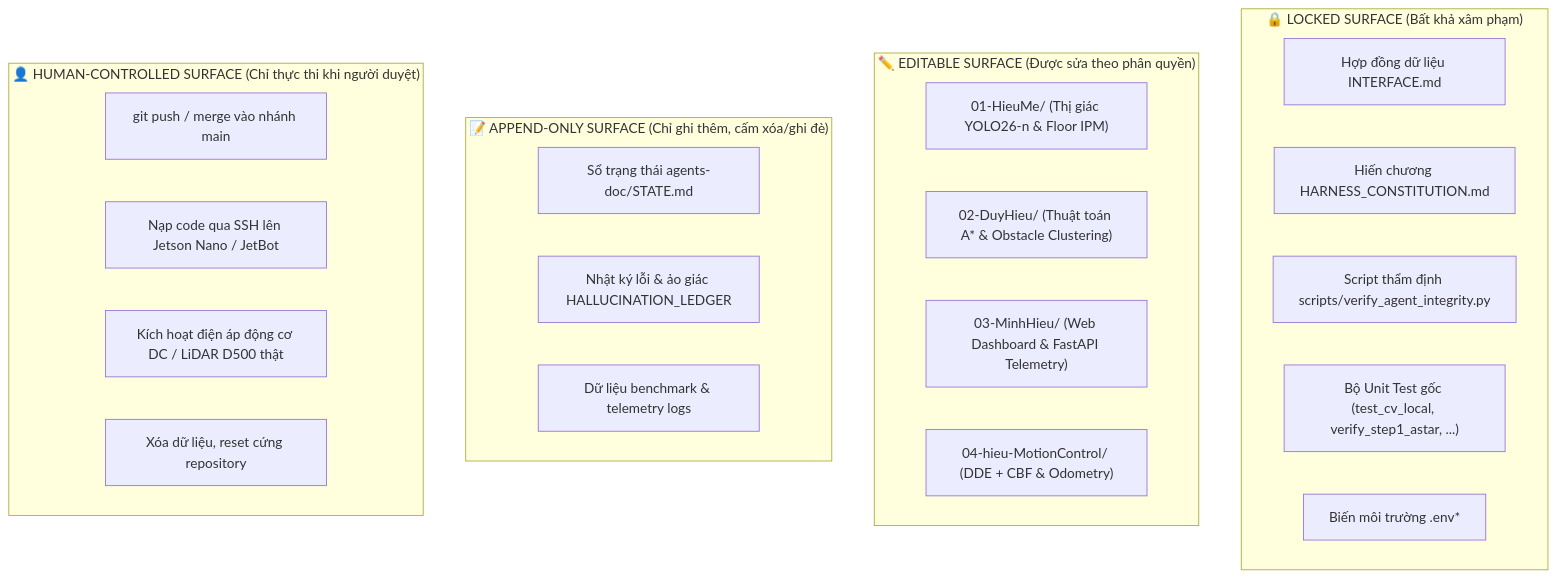
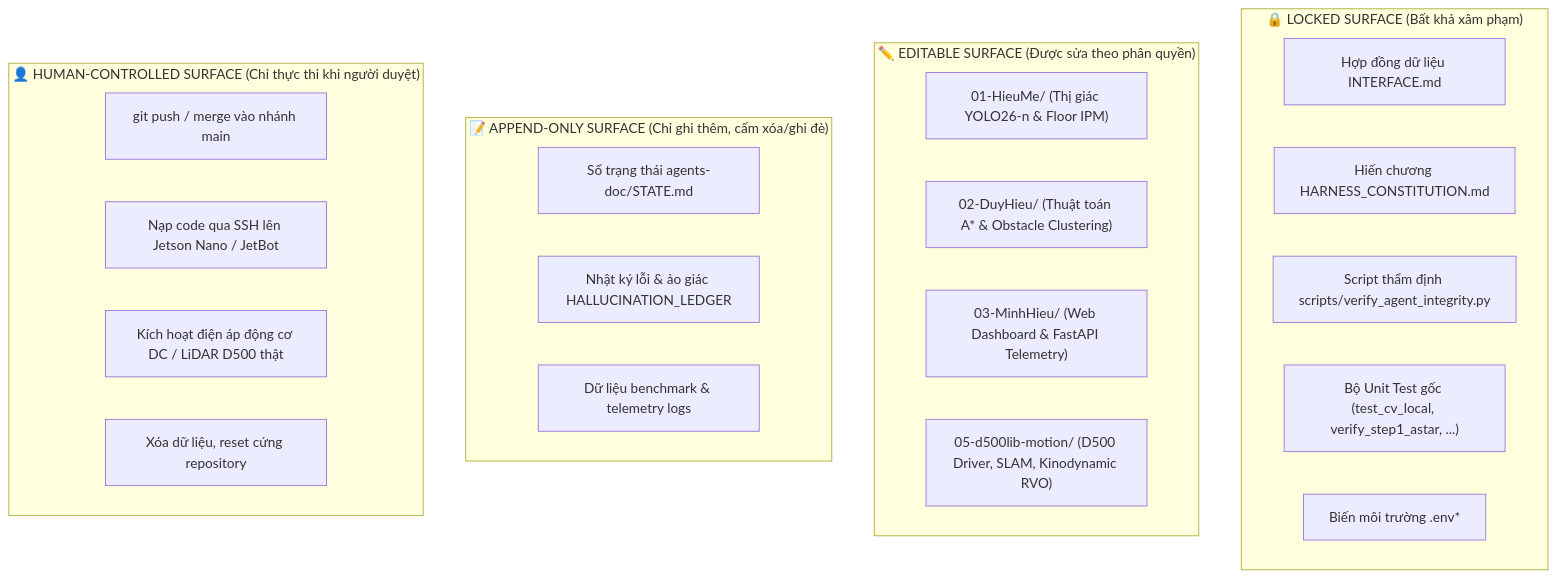
One commit to zxcvmh/CS532 changed the diagram in agents-doc/HARNESS_CONSTITUTION.md. Above: the diagram before and after it, drawn with Mermaid. The commit also changed other lines of this file and 129 other files, not shown here.

First line of the commit message:
feat(slam,cartographer): integrate Cartographer 2D, real-time decoupled architecture & official LDROBOT D500 driver fixes

````diff
--- a/agents-doc/HARNESS_CONSTITUTION.md
+++ b/agents-doc/HARNESS_CONSTITUTION.md
@@ -20,30 +20,30 @@
 ```mermaid
 flowchart TD
     subgraph Locked ["🔒 LOCKED SURFACE (Bất khả xâm phạm)"]
         L1["Hợp đồng dữ liệu INTERFACE.md"]
         L2["Hiến chương HARNESS_CONSTITUTION.md"]
         L3["Script thẩm định scripts/verify_agent_integrity.py"]
         L4["Bộ Unit Test gốc (test_cv_local, verify_step1_astar, ...)"]
         L5["Biến môi trường .env*"]
     end
 
     subgraph Editable ["✏️ EDITABLE SURFACE (Được sửa theo phân quyền)"]
         E1["01-HieuMe/ (Thị giác YOLO26-n & Floor IPM)"]
         E2["02-DuyHieu/ (Thuật toán A* & Obstacle Clustering)"]
         E3["03-MinhHieu/ (Web Dashboard & FastAPI Telemetry)"]
-        E4["04-hieu-MotionControl/ (DDE + CBF & Odometry)"]
+        E4["05-d500lib-motion/ (D500 Driver, SLAM, Kinodynamic RVO)"]
     end
 
     subgraph AppendOnly ["📝 APPEND-ONLY SURFACE (Chỉ ghi thêm, cấm xóa/ghi đè)"]
         A1["Sổ trạng thái agents-doc/STATE.md"]
         A2["Nhật ký lỗi & ảo giác HALLUCINATION_LEDGER"]
         A3["Dữ liệu benchmark & telemetry logs"]
     end
 
     subgraph HumanControlled ["👤 HUMAN-CONTROLLED SURFACE (Chỉ thực thi khi người duyệt)"]
         H1["git push / merge vào nhánh main"]
         H2["Nạp code qua SSH lên Jetson Nano / JetBot"]
         H3["Kích hoạt điện áp động cơ DC / LiDAR D500 thật"]
         H4["Xóa dữ liệu, reset cứng repository"]
     end
 ```
````
